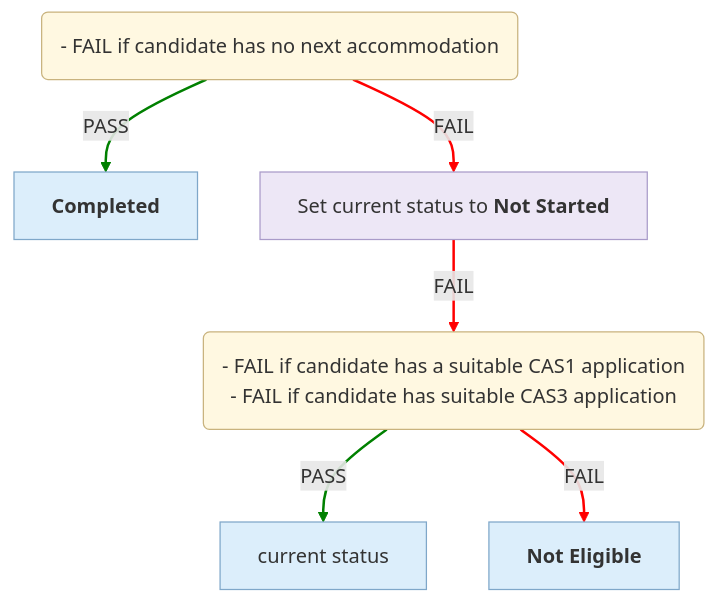
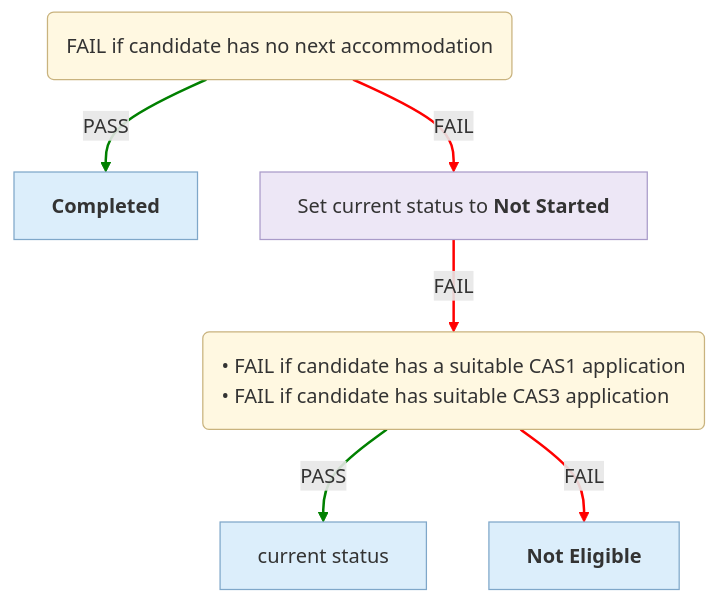
Before and after one commit to uk-gov-mirror/ministryofjustice.hmpps-single-accommodation-service-api: the sixth of 6 diagrams in docs/eligibility-rules-graph.md, drawn with Mermaid. The commit also changed other lines of this file and 2 other files, not shown here.

Commit message:
chore/SAS-1532-Use-UI-statuses-in-graph-instead-of-enums

````diff
--- a/docs/eligibility-rules-graph.md
+++ b/docs/eligibility-rules-graph.md
@@ -574,24 +574,24 @@
 ```mermaid
 %%{init: {"flowchart": {"wrappingWidth": 800}}}%%
 flowchart TD
-  Completion("- FAIL if candidate has no next accommodation")
-  Completed["<b>Completed</b>"]
-  updater_Set_current_status_to_Not_Started["Set current status to <b>Not Started</b>"]
-  Eligibility("- FAIL if candidate has a suitable CAS1 application
-- FAIL if candidate has suitable CAS3 application")
-  current_status["current status"]
-  Not_Eligible["<b>Not Eligible</b>"]
+  Completion("<div style='text-align:left'>FAIL if candidate has no next accommodation</div>")
+  Completed["<div style='text-align:left'><b>Completed</b></div>"]
+  updater_Set_current_status_to_Not_Started["<div style='text-align:left'>Set current status to <b>Not Started</b></div>"]
+  Eligibility("<div style='text-align:left'>• FAIL if candidate has a suitable CAS1 application
+• FAIL if candidate has suitable CAS3 application</div>")
+  current_status["<div style='text-align:left'>current status</div>"]
+  Not_Eligible["<div style='text-align:left'><b>Not Eligible</b></div>"]
   Completion -->|PASS| Completed
   Completion -->|FAIL| updater_Set_current_status_to_Not_Started
   Eligibility -->|PASS| current_status
   Eligibility -->|FAIL| Not_Eligible
   updater_Set_current_status_to_Not_Started -->|FAIL| Eligibility
   linkStyle 0,2 stroke:green,stroke-width:2px
   linkStyle 1,3,4 stroke:red,stroke-width:2px
   classDef ruleSetNode fill:#FFF8E1,stroke:#C9B37E,color:#333
   classDef outcomeNode fill:#DCEEFB,stroke:#7FA7C9,color:#333
   classDef updaterNode fill:#EDE7F6,stroke:#A99BC9,color:#333
   class Completion,Eligibility ruleSetNode
   class Completed,current_status,Not_Eligible outcomeNode
   class updater_Set_current_status_to_Not_Started updaterNode
 ```
````
